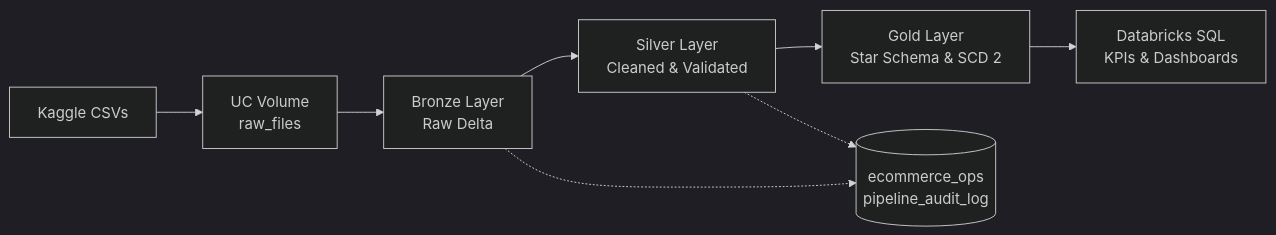
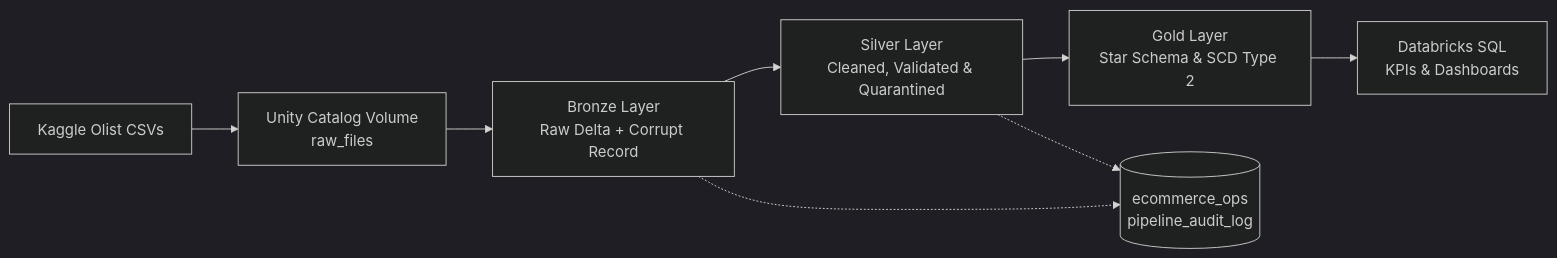
Before and after one commit to HarshKumarGuptagit/ecommerce-databricks-lakehouse: the diagram in README.md, drawn with Mermaid (dark theme). The commit also changed other lines of this file, not shown here.

````diff
--- a/README.md
+++ b/README.md
@@ -9,11 +11,11 @@
 ```mermaid
 flowchart LR
-    A[Kaggle CSVs] --> B[UC Volume<br/>raw_files]
-    B --> C[Bronze Layer<br/>Raw Delta]
-    C --> D[Silver Layer<br/>Cleaned & Validated]
-    D --> E[Gold Layer<br/>Star Schema & SCD 2]
+    A[Kaggle Olist CSVs] --> B[Unity Catalog Volume<br/>raw_files]
+    B --> C[Bronze Layer<br/>Raw Delta + Corrupt Record]
+    C --> D[Silver Layer<br/>Cleaned, Validated & Quarantined]
+    D --> E[Gold Layer<br/>Star Schema & SCD Type 2]
     E --> F[Databricks SQL<br/>KPIs & Dashboards]
 
     C -.-> G[(ecommerce_ops<br/>pipeline_audit_log)]
     D -.-> G
 ```
````
